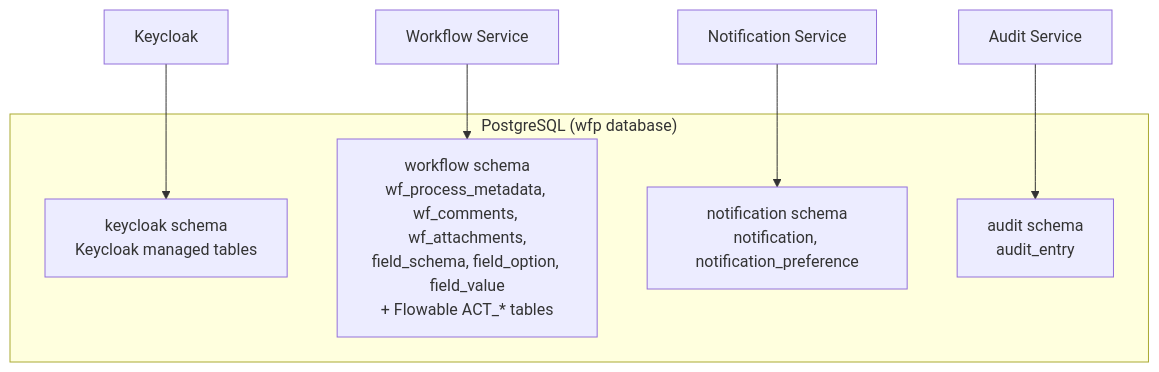
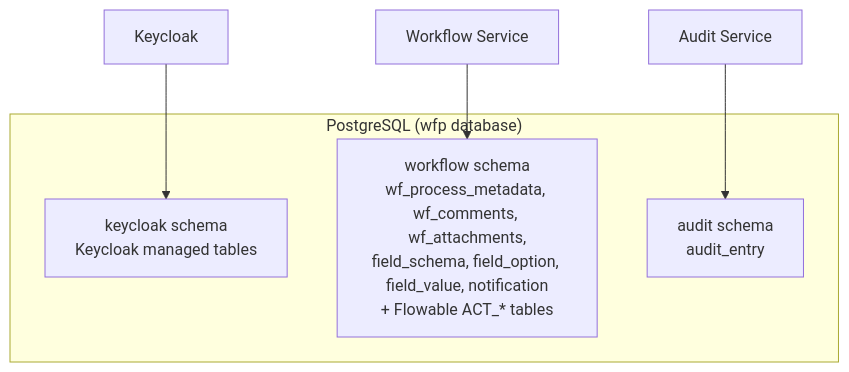
One commit to mszalus/workflow-platform changed the third of 6 diagrams in docs/architecture/c4-deployment.md. Above: the diagram before and after it, drawn with Mermaid. The commit also changed other lines of this file and 54 other files, not shown here.

First line of the commit message:
feat(workflow): fold notification-service into workflow-service

````diff
--- a/docs/architecture/c4-deployment.md
+++ b/docs/architecture/c4-deployment.md
@@ -63,14 +60,12 @@
 ```mermaid
 flowchart TD
     subgraph "PostgreSQL (wfp database)"
         KS["keycloak schema<br/>Keycloak managed tables"]
-        WS["workflow schema<br/>wf_process_metadata, wf_comments, wf_attachments,<br/>field_schema, field_option, field_value<br/>+ Flowable ACT_* tables"]
-        NS["notification schema<br/>notification, notification_preference"]
+        WS["workflow schema<br/>wf_process_metadata, wf_comments, wf_attachments,<br/>field_schema, field_option, field_value, notification<br/>+ Flowable ACT_* tables"]
         AS["audit schema<br/>audit_entry"]
     end
 
     KC[Keycloak] --> KS
     WF[Workflow Service] --> WS
-    NF[Notification Service] --> NS
     AU[Audit Service] --> AS
 ```
````
